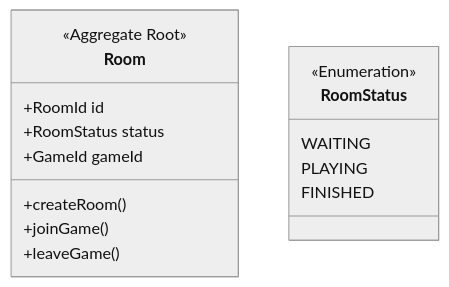
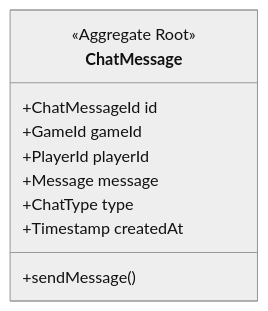
The fifth of 7 diagrams in design/domain-model.md (otonowa-naka/esiritori), drawn with Mermaid (neutral theme) before and after one commit. The commit also changed other lines of this file and 2 other files, not shown here.

````diff
--- a/design/domain-model.md
+++ b/design/domain-model.md
@@ -269,19 +207,13 @@
 ```mermaid
 classDiagram
-    class Room {
+    class ChatMessage {
         <<Aggregate Root>>
-        +RoomId id
-        +RoomStatus status
+        +ChatMessageId id
         +GameId gameId
-        +createRoom()
-        +joinGame()
-        +leaveGame()
-    }
-
-    class RoomStatus {
-        <<Enumeration>>
-        WAITING
-        PLAYING
-        FINISHED
+        +PlayerId playerId
+        +Message message
+        +ChatType type
+        +Timestamp createdAt
+        +sendMessage()
     }
 ```
````
